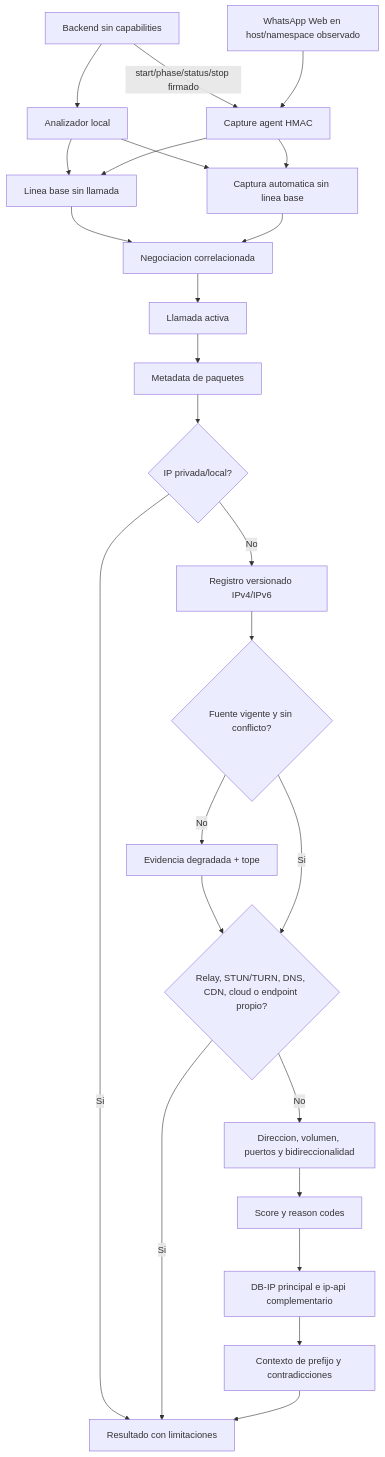
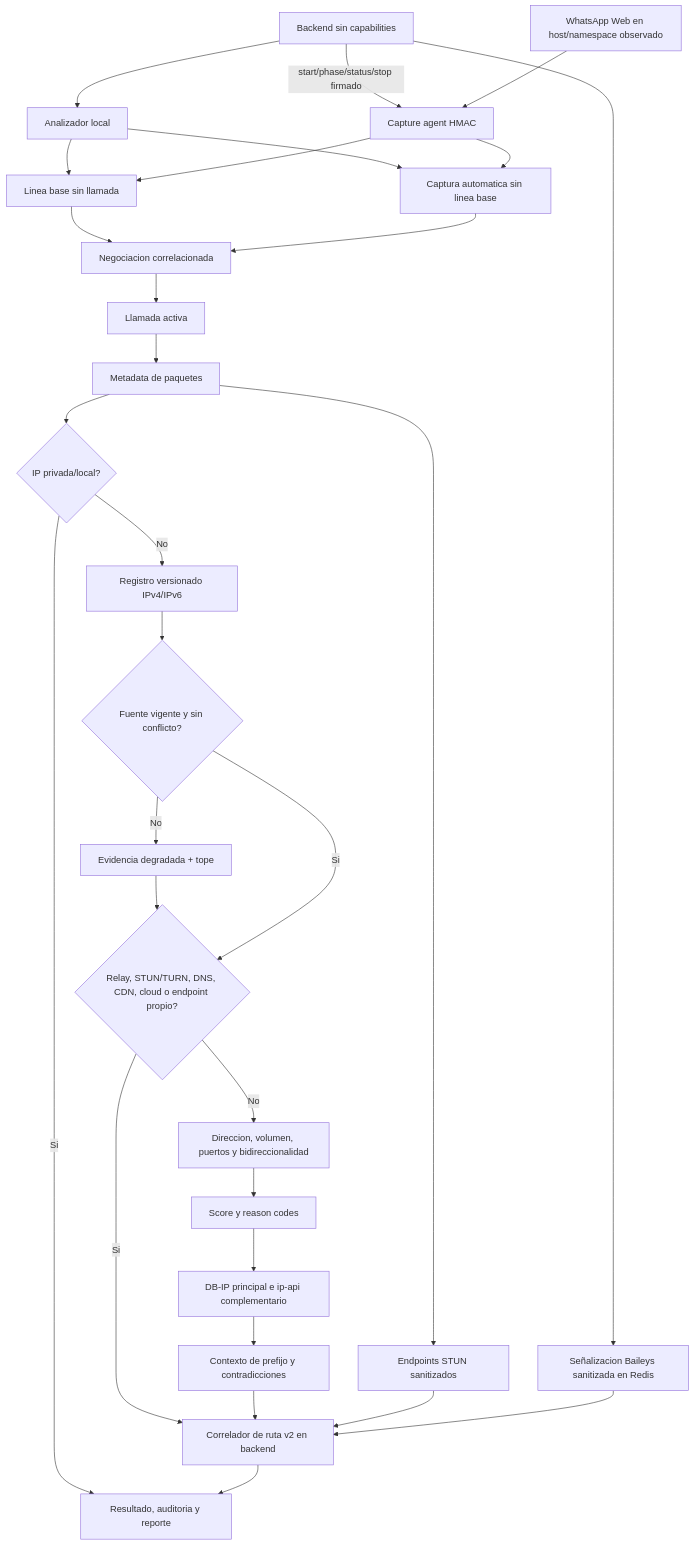
One commit to deco31416/wp-monitor changed the diagram in docs/diagrams/08-call-analysis.md. Above: the diagram before and after it, drawn with Mermaid. The commit also changed other lines of this file and 16 other files, not shown here.

````diff
--- a/docs/diagrams/08-call-analysis.md
+++ b/docs/diagrams/08-call-analysis.md
@@ -9,36 +9,42 @@
 ```mermaid
 flowchart TD
     Browser[WhatsApp Web en host/namespace observado]
     Backend[Backend sin capabilities]
     Local[Analizador local]
     Agent[Capture agent HMAC]
     Baseline[Linea base sin llamada]
     Negotiation[Negociacion correlacionada]
     Active[Llamada activa]
     Auto[Captura automatica sin linea base]
     Packets[Metadata de paquetes]
     Private{IP privada/local?}
     Registry[Registro versionado IPv4/IPv6]
     Fresh{Fuente vigente y sin conflicto?}
     Known{Relay, STUN/TURN, DNS, CDN, cloud o endpoint propio?}
     Degraded[Evidencia degradada + tope]
     Flow[Direccion, volumen, puertos y bidireccionalidad]
     Score[Score y reason codes]
+    Stun[Endpoints STUN sanitizados]
+    Transport[Señalizacion Baileys sanitizada en Redis]
     Geo[DB-IP principal e ip-api complementario]
     Consistency[Contexto de prefijo y contradicciones]
-    Result[Resultado con limitaciones]
+    Correlator[Correlador de ruta v2 en backend]
+    Result[Resultado, auditoria y reporte]
 
     Backend -->|start/phase/status/stop firmado| Agent
     Backend --> Local
     Browser --> Agent
     Local --> Baseline --> Negotiation --> Active --> Packets --> Private
     Local --> Auto --> Negotiation
     Agent --> Baseline
     Agent --> Auto
     Private -->|Si| Result
     Private -->|No| Registry --> Fresh
     Fresh -->|No| Degraded --> Known
     Fresh -->|Si| Known
-    Known -->|Si| Result
-    Known -->|No| Flow --> Score --> Geo --> Consistency --> Result
+    Known -->|Si| Correlator
+    Known -->|No| Flow --> Score --> Geo --> Consistency --> Correlator
+    Packets --> Stun --> Correlator
+    Backend --> Transport --> Correlator
+    Correlator --> Result
 ```
````
